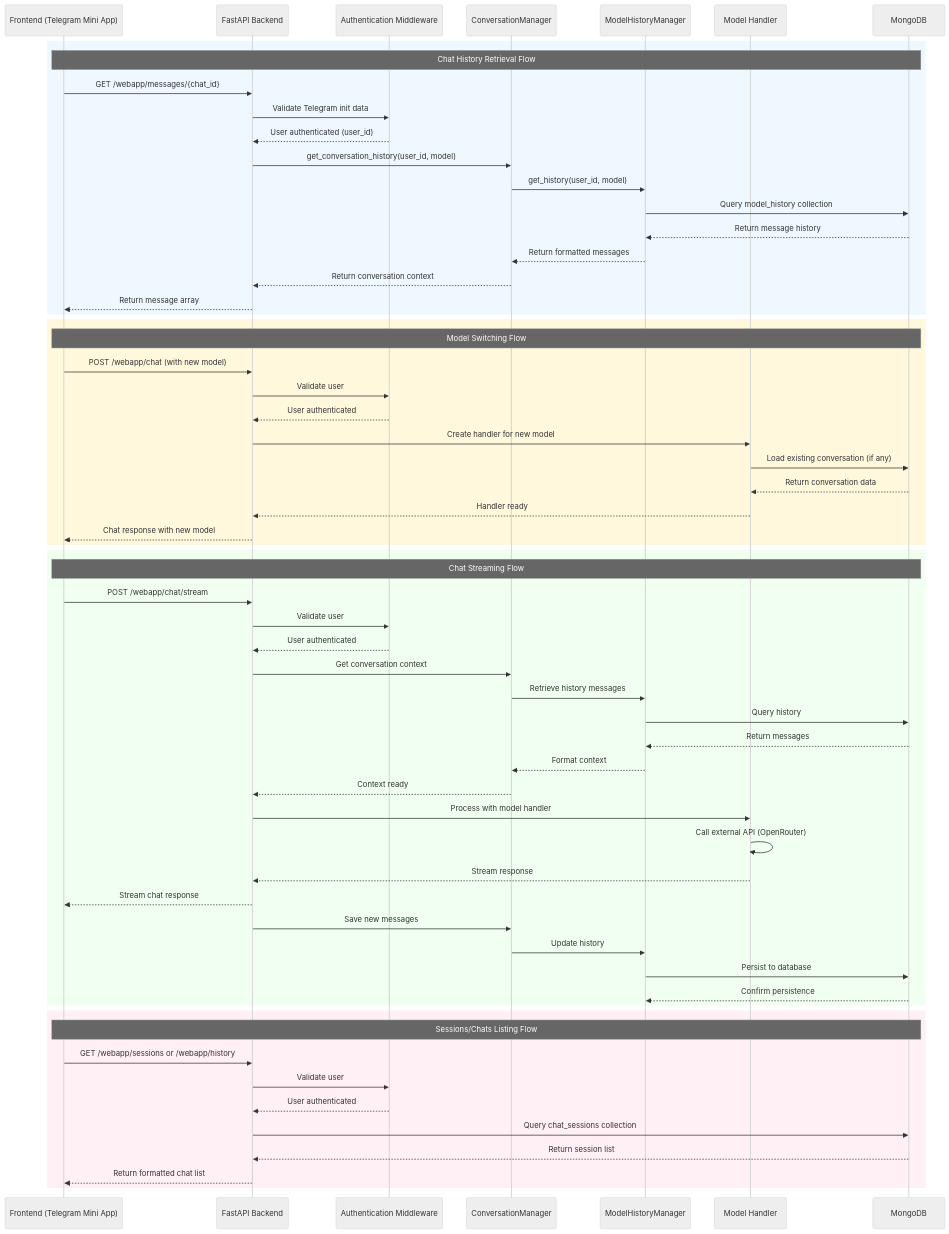
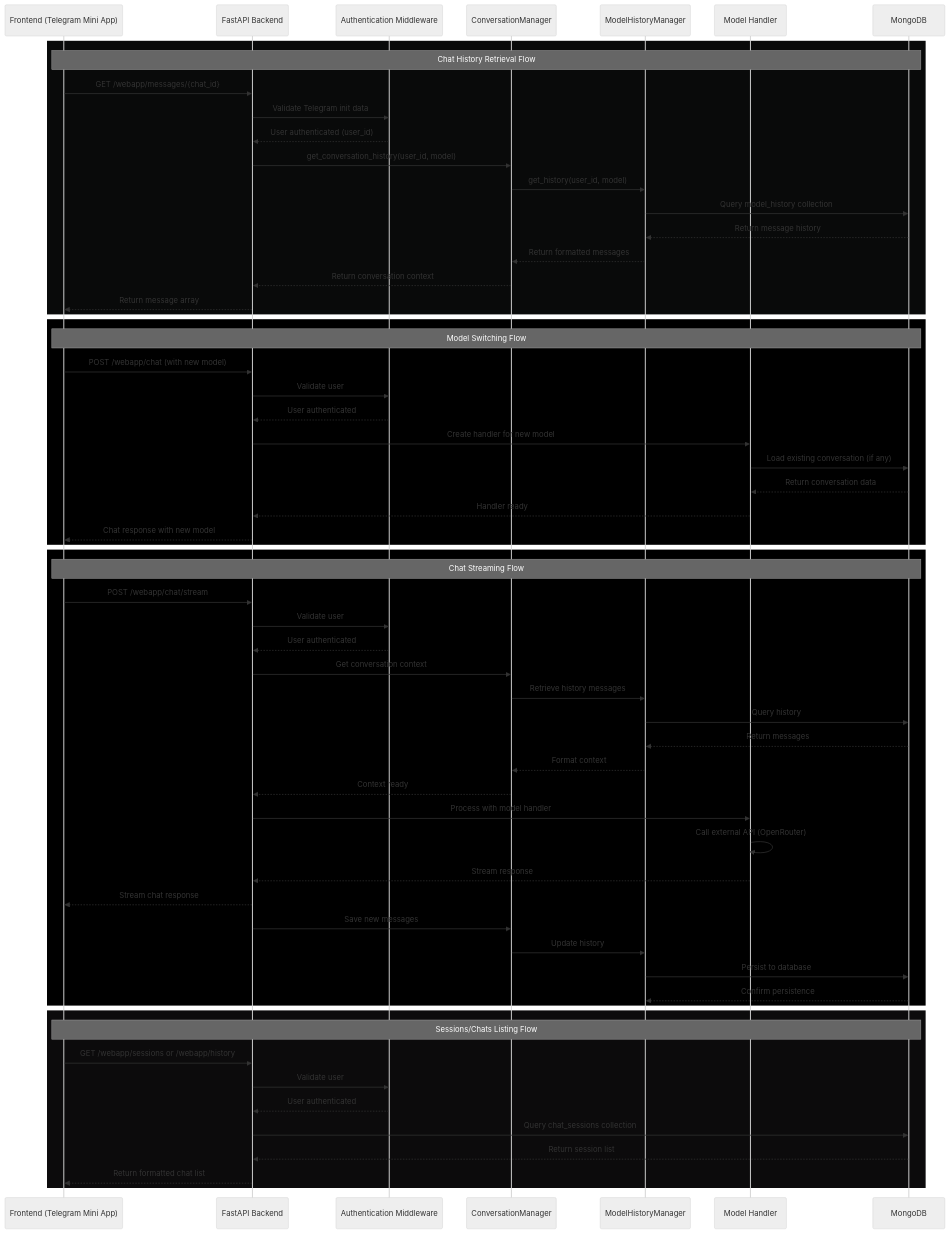
Before and after one commit to Remy2404/Polymind: the diagram in frontend_backend_integration_flow.mmd, drawn with Mermaid (neutral theme). The commit also changed 1 other file, not shown here.

Commit message:
style: Update color styles in flowcharts for consistency and improved readability

```diff
--- a/frontend_backend_integration_flow.mmd
+++ b/frontend_backend_integration_flow.mmd
@@ -1,69 +1,70 @@
 sequenceDiagram
+
     participant FE as Frontend (Telegram Mini App)
     participant API as FastAPI Backend
     participant Auth as Authentication Middleware
     participant CM as ConversationManager
     participant MHM as ModelHistoryManager
     participant MH as Model Handler
     participant DB as MongoDB
 
     %% Chat History Retrieval Flow
-    rect rgb(240, 248, 255)
+    rect rgba(9, 10, 10, 1)
         Note over FE,DB: Chat History Retrieval Flow
         FE->>API: GET /webapp/messages/{chat_id}
         API->>Auth: Validate Telegram init data
         Auth-->>API: User authenticated (user_id)
         API->>CM: get_conversation_history(user_id, model)
         CM->>MHM: get_history(user_id, model)
         MHM->>DB: Query model_history collection
         DB-->>MHM: Return message history
         MHM-->>CM: Return formatted messages
         CM-->>API: Return conversation context
         API-->>FE: Return message array
     end
 
     %% Model Switching Flow
-    rect rgb(255, 248, 220)
+    rect rgba(0, 0, 0, 1)
         Note over FE,DB: Model Switching Flow
         FE->>API: POST /webapp/chat (with new model)
         API->>Auth: Validate user
         Auth-->>API: User authenticated
         API->>MH: Create handler for new model
         MH->>DB: Load existing conversation (if any)
         DB-->>MH: Return conversation data
         MH-->>API: Handler ready
         API-->>FE: Chat response with new model
     end
 
     %% Chat Streaming Flow
-    rect rgb(240, 255, 240)
+    rect rgba(0, 0, 0, 1)
         Note over FE,DB: Chat Streaming Flow
         FE->>API: POST /webapp/chat/stream
         API->>Auth: Validate user
         Auth-->>API: User authenticated
         API->>CM: Get conversation context
         CM->>MHM: Retrieve history messages
         MHM->>DB: Query history
         DB-->>MHM: Return messages
         MHM-->>CM: Format context
         CM-->>API: Context ready
         API->>MH: Process with model handler
         MH->>MH: Call external API (OpenRouter)
         MH-->>API: Stream response
         API-->>FE: Stream chat response
         API->>CM: Save new messages
         CM->>MHM: Update history
         MHM->>DB: Persist to database
         DB-->>MHM: Confirm persistence
     end
 
     %% Sessions/Chats Listing Flow
-    rect rgb(255, 240, 245)
+    rect rgba(12, 11, 12, 1)
         Note over FE,DB: Sessions/Chats Listing Flow
         FE->>API: GET /webapp/sessions or /webapp/history
         API->>Auth: Validate user
         Auth-->>API: User authenticated
         API->>DB: Query chat_sessions collection
         DB-->>API: Return session list
         API-->>FE: Return formatted chat list
     end
```
